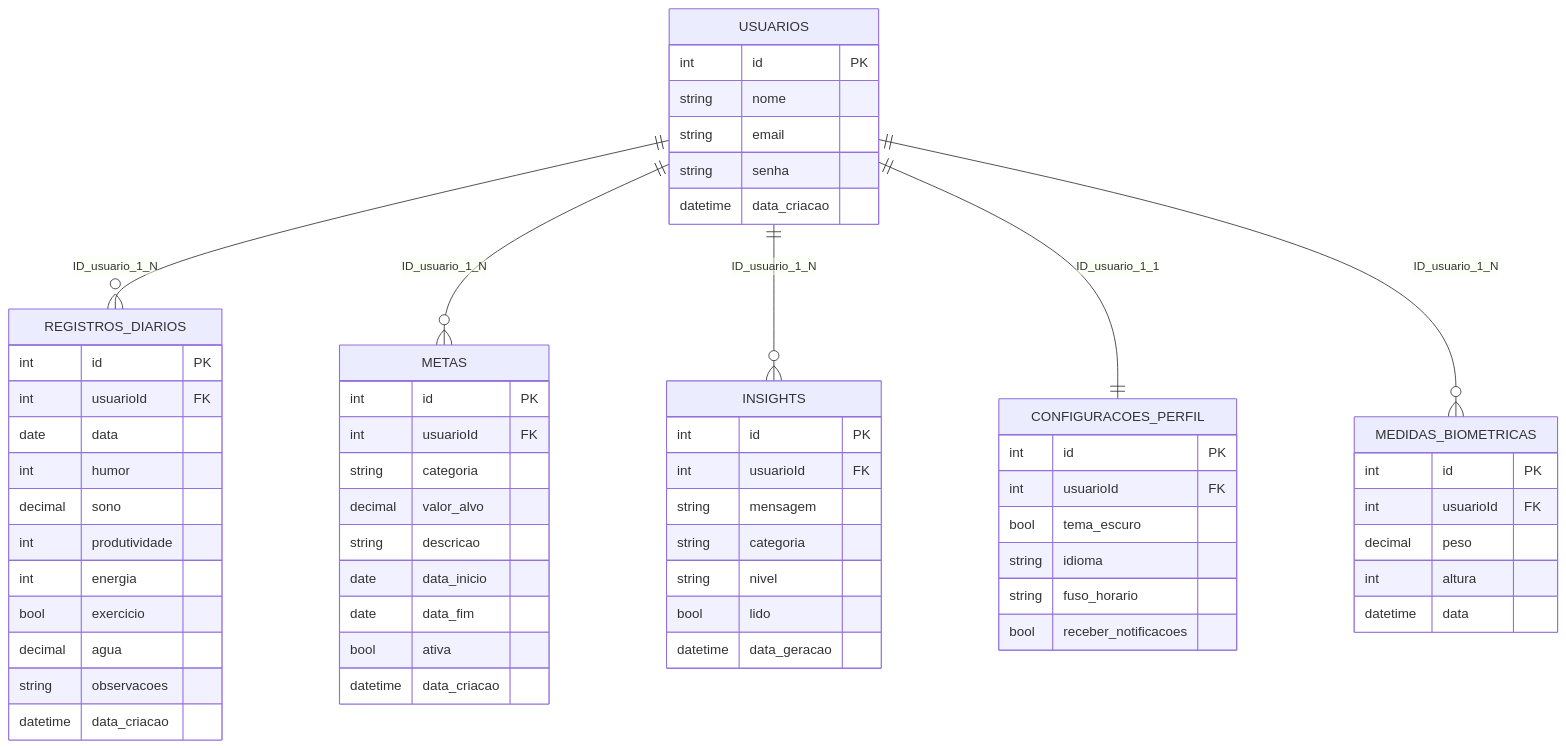
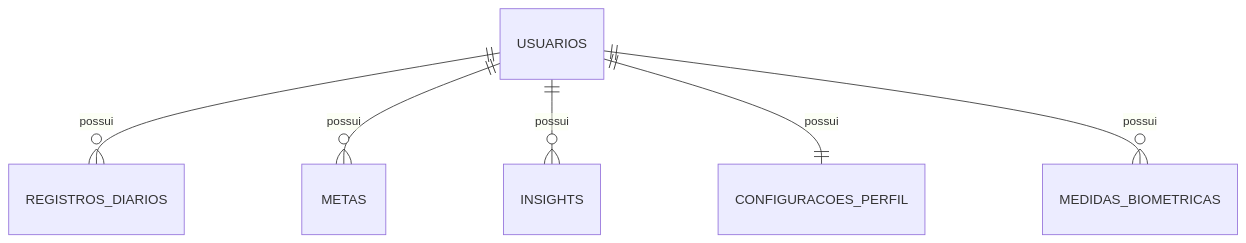
Before and after one commit to cidade-felipe/RitmoApi: the diagram in documentation.md, drawn with Mermaid. The commit also changed other lines of this file and 1 other file, not shown here.

````diff
--- a/documentation.md
+++ b/documentation.md
@@ -68,69 +148,8 @@
 ```mermaid
 erDiagram
-    USUARIOS ||--o{ REGISTROS_DIARIOS : "ID_usuario_1_N"
-    USUARIOS ||--o{ METAS : "ID_usuario_1_N"
-    USUARIOS ||--o{ INSIGHTS : "ID_usuario_1_N"
-    USUARIOS ||--|| CONFIGURACOES_PERFIL : "ID_usuario_1_1"
-    USUARIOS ||--o{ MEDIDAS_BIOMETRICAS : "ID_usuario_1_N"
-
-    USUARIOS {
-        int id PK
-        string nome
-        string email
-        string senha
-        datetime data_criacao
-    }
-
-    REGISTROS_DIARIOS {
-        int id PK
-        int usuarioId FK
-        date data
-        int humor
-        decimal sono
-        int produtividade
-        int energia
-        bool exercicio
-        decimal agua
-        string observacoes
-        datetime data_criacao
-    }
-
-    METAS {
-        int id PK
-        int usuarioId FK
-        string categoria
-        decimal valor_alvo
-        string descricao
-        date data_inicio
-        date data_fim
-        bool ativa
-        datetime data_criacao
-    }
-
-    MEDIDAS_BIOMETRICAS {
-        int id PK
-        int usuarioId FK
-        decimal peso
-        int altura
-        datetime data
-    }
-
-    INSIGHTS {
-        int id PK
-        int usuarioId FK
-        string mensagem
-        string categoria
-        string nivel
-        bool lido
-        datetime data_geracao
-    }
-
-    CONFIGURACOES_PERFIL {
-        int id PK
-        int usuarioId FK
-        bool tema_escuro
-        string idioma
-        string fuso_horario
-        bool receber_notificacoes
-    }
+    USUARIOS ||--o{ REGISTROS_DIARIOS : possui
+    USUARIOS ||--o{ METAS : possui
+    USUARIOS ||--o{ INSIGHTS : possui
+    USUARIOS ||--|| CONFIGURACOES_PERFIL : possui
+    USUARIOS ||--o{ MEDIDAS_BIOMETRICAS : possui
 ```
````
